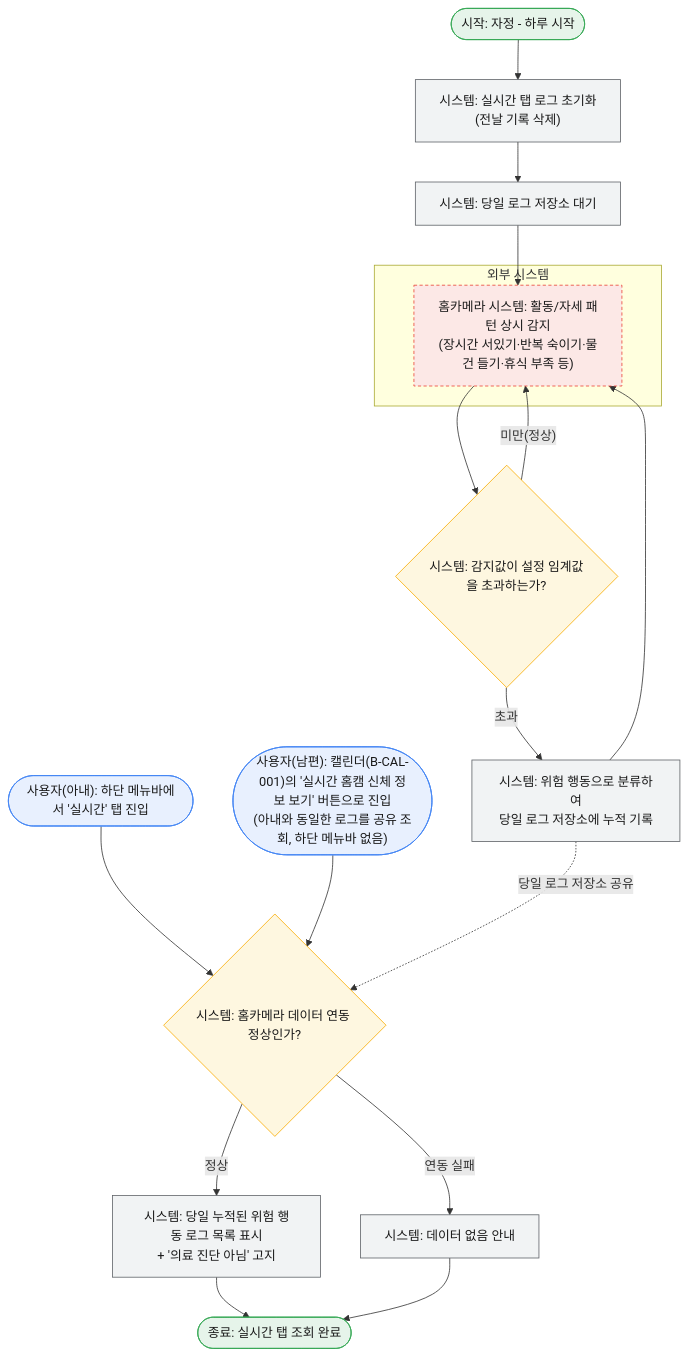
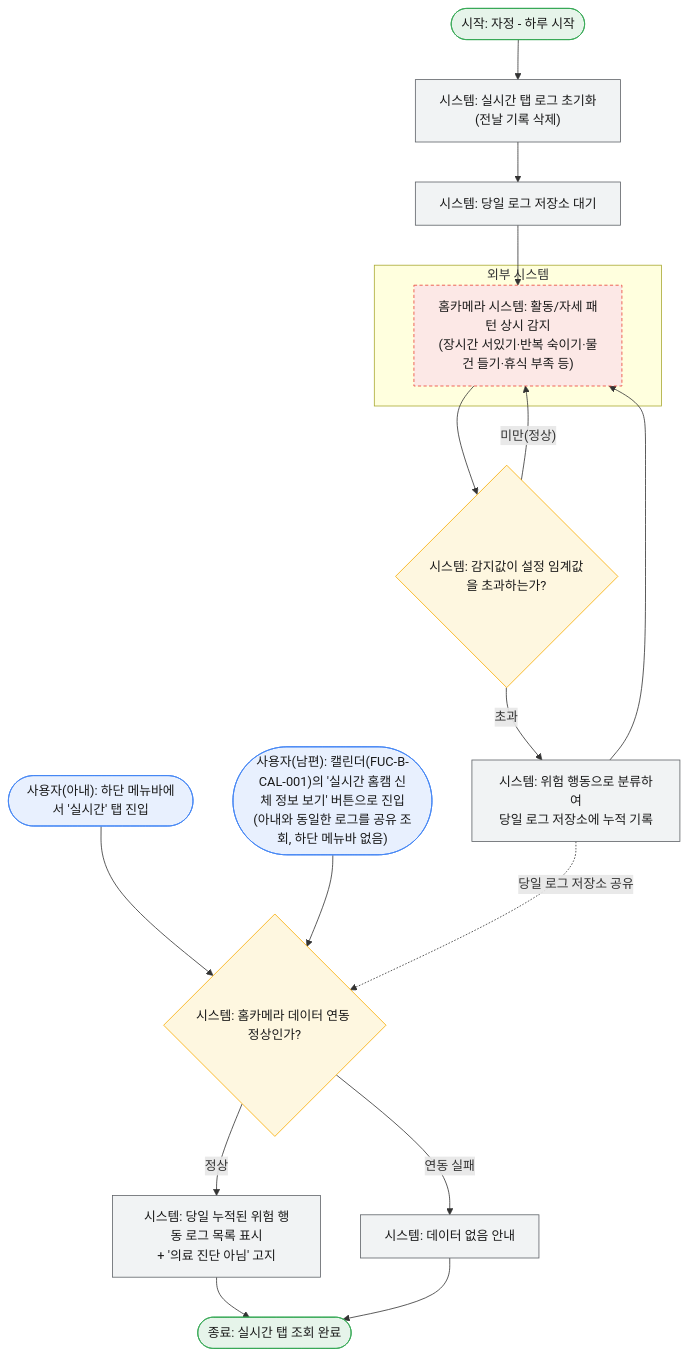
The diagram in docs/서비스흐름도/08_실시간탭위험행동로그.mmd (lgdxDORAEMI/PLM), drawn with Mermaid before and after one commit. The commit also changed 11 other files, not shown here.

```diff
--- a/docs/서비스흐름도/08_실시간탭위험행동로그.mmd
+++ b/docs/서비스흐름도/08_실시간탭위험행동로그.mmd
@@ -1,36 +1,36 @@
 %% 서비스 흐름도: 실시간 탭 - 위험 행동 로그 (홈카메라 모션 모니터링)
-%% 관련 기능: B-MOTION-001 / 관련 UC: UC13 (Phase 2, MVP 제외)
+%% 관련 기능: FUC-B-MOTION-001 / 관련 UC: UC13 (Phase 2, MVP 제외)
 %% 특징: 임계값 초과 상황만 위험 행동으로 분류해 로그 기록, 하루 동안의 기록만 유지(자정 초기화)
 %% 진입 경로 차이: 아내는 하단 메뉴바 '실시간' 탭으로만 진입. 남편은 하단 메뉴바가 없어
-%%                컨디션 캘린더(B-CAL-001) 화면의 '실시간 홈캠 신체 정보 보기' 버튼으로만 진입한다.
+%%                컨디션 캘린더(FUC-B-CAL-001) 화면의 '실시간 홈캠 신체 정보 보기' 버튼으로만 진입한다.
 flowchart TD
     classDef user fill:#E8F0FE,stroke:#4285F4,color:#1a1a1a;
     classDef system fill:#F1F3F4,stroke:#5f6368,color:#1a1a1a;
     classDef decision fill:#FEF7E0,stroke:#F9AB00,color:#1a1a1a;
     classDef terminal fill:#E6F4EA,stroke:#34A853,color:#1a1a1a;
     classDef external fill:#FCE8E6,stroke:#EA4335,color:#1a1a1a,stroke-dasharray: 4 3;
 
     Start(["시작: 자정 - 하루 시작"]):::terminal --> R["시스템: 실시간 탭 로그 초기화<br/>(전날 기록 삭제)"]:::system
     R --> Loop["시스템: 당일 로그 저장소 대기"]:::system
 
     subgraph EXT["외부 시스템"]
         Cam["홈카메라 시스템: 활동/자세 패턴 상시 감지<br/>(장시간 서있기·반복 숙이기·물건 들기·휴식 부족 등)"]:::external
     end
 
     Loop --> Cam
     Cam --> D{"시스템: 감지값이 설정 임계값을 초과하는가?"}:::decision
     D -- 미만(정상) --> Cam
     D -- 초과 --> L["시스템: 위험 행동으로 분류하여<br/>당일 로그 저장소에 누적 기록"]:::system
     L --> Cam
 
     U_W(["사용자(아내): 하단 메뉴바에서 '실시간' 탭 진입"]):::user
-    U_H(["사용자(남편): 캘린더(B-CAL-001)의 '실시간 홈캠 신체 정보 보기' 버튼으로 진입<br/>(아내와 동일한 로그를 공유 조회, 하단 메뉴바 없음)"]):::user
+    U_H(["사용자(남편): 캘린더(FUC-B-CAL-001)의 '실시간 홈캠 신체 정보 보기' 버튼으로 진입<br/>(아내와 동일한 로그를 공유 조회, 하단 메뉴바 없음)"]):::user
     U_W --> V{"시스템: 홈카메라 데이터 연동 정상인가?"}:::decision
     U_H --> V
     V -- 정상 --> W["시스템: 당일 누적된 위험 행동 로그 목록 표시<br/>+ '의료 진단 아님' 고지"]:::system
     V -- 연동 실패 --> X["시스템: 데이터 없음 안내"]:::system
 
     L -.당일 로그 저장소 공유.-> V
 
     W --> End(["종료: 실시간 탭 조회 완료"]):::terminal
     X --> End
```
